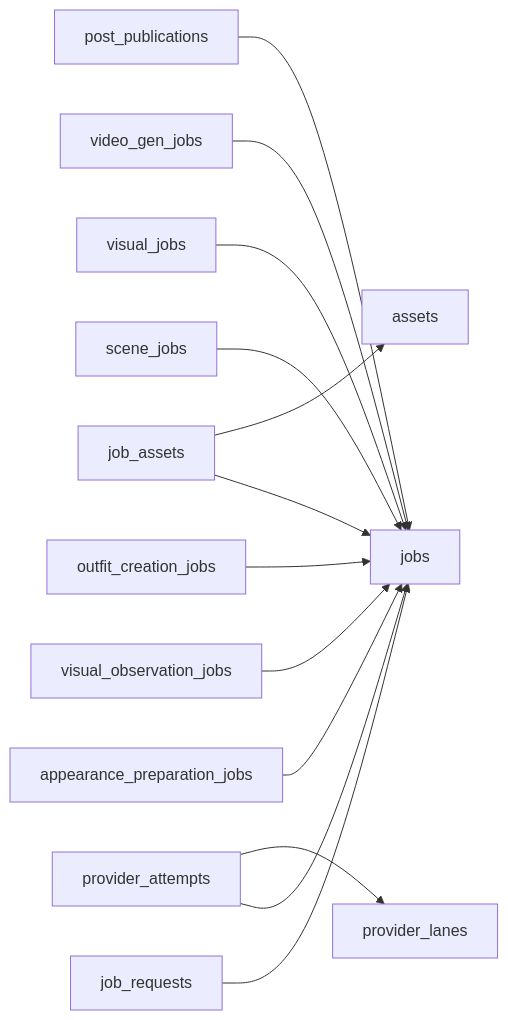
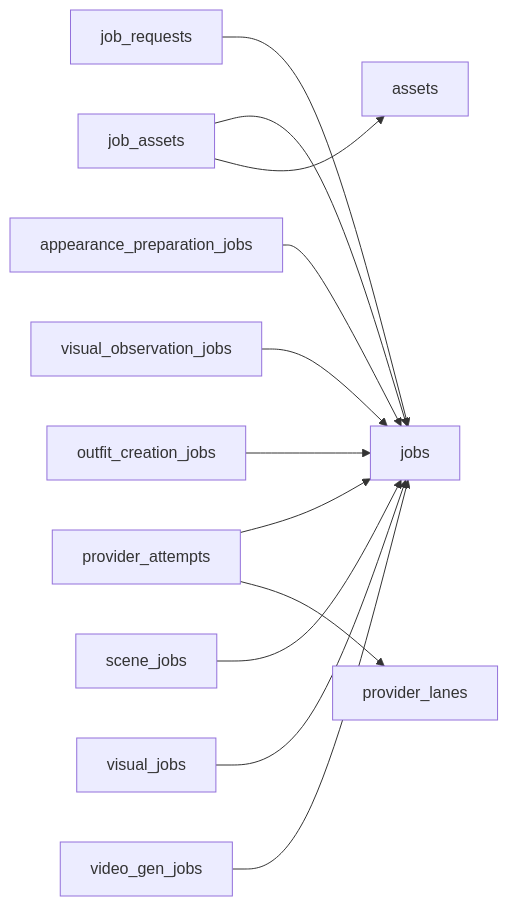
Before and after one commit to yangjinming1062/SpiritAgent: the third of 8 diagrams in docs/DATABASE.md, drawn with Mermaid. The commit also changed other lines of this file and 110 other files, not shown here.

````diff
--- a/docs/DATABASE.md
+++ b/docs/DATABASE.md
@@ -54,15 +54,14 @@
 ```mermaid
 flowchart LR
     job_requests --> jobs
     job_assets --> jobs
     job_assets --> assets
     provider_attempts --> jobs
     provider_attempts --> provider_lanes
     appearance_preparation_jobs --> jobs
     visual_observation_jobs --> jobs
     outfit_creation_jobs --> jobs
     scene_jobs --> jobs
     visual_jobs --> jobs
     video_gen_jobs --> jobs
-    post_publications --> jobs
 ```
````
